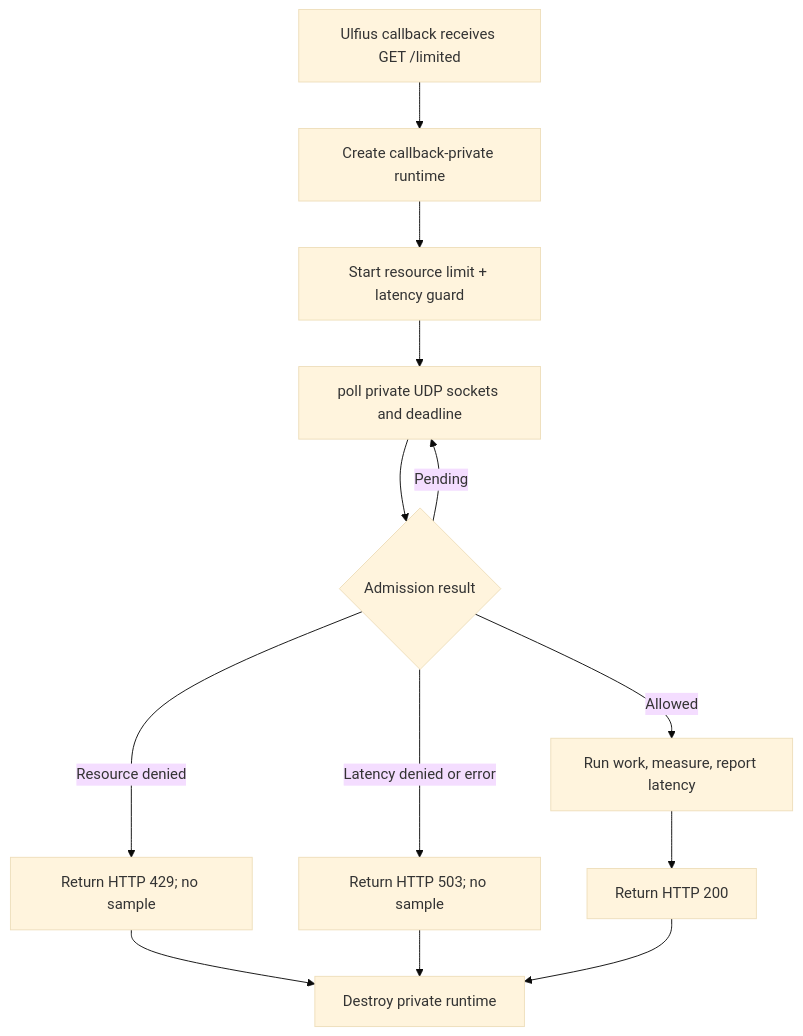
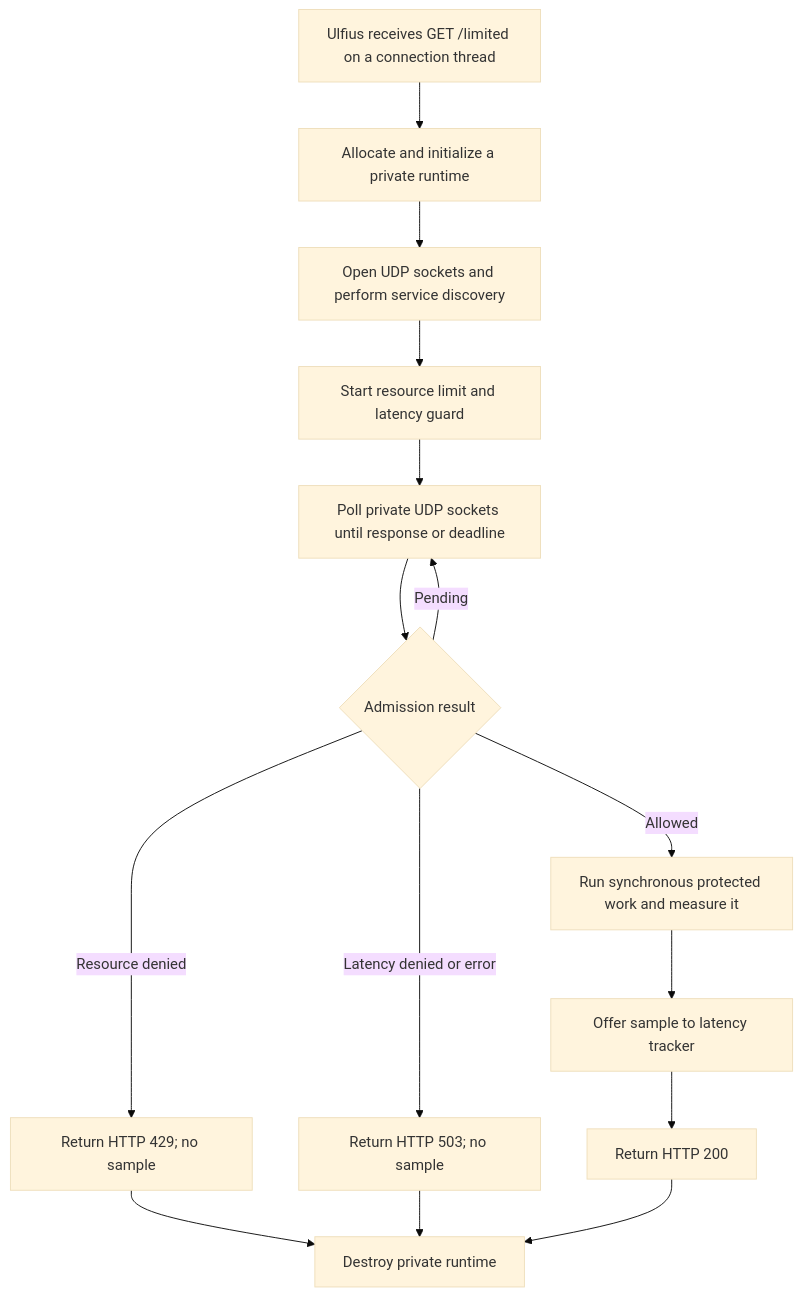
Before and after one commit to ratelimitly-com/rl-c-client: the diagram in examples/ulfius/README.md, drawn with Mermaid (base theme). The commit also changed other lines of this file, not shown here.

Commit message:
docs(ulfius): explain per-request cost

````diff
--- a/examples/ulfius/README.md
+++ b/examples/ulfius/README.md
@@ -14,15 +36,17 @@
 ```mermaid
 flowchart TD
-    Callback["Ulfius callback receives GET /limited"] --> Runtime["Create callback-private runtime"]
-    Runtime --> Start["Start resource limit + latency guard"]
-    Start --> Poll["poll private UDP sockets and deadline"]
+    Callback["Ulfius receives GET /limited on a connection thread"] --> Runtime["Allocate and initialize a private runtime"]
+    Runtime --> Discovery["Open UDP sockets and perform service discovery"]
+    Discovery --> Start["Start resource limit and latency guard"]
+    Start --> Poll["Poll private UDP sockets until response or deadline"]
     Poll --> Decision{"Admission result"}
     Decision -->|Pending| Poll
     Decision -->|Resource denied| Rate["Return HTTP 429; no sample"]
     Decision -->|Latency denied or error| Shed["Return HTTP 503; no sample"]
-    Decision -->|Allowed| Work["Run work, measure, report latency"]
-    Work --> Success["Return HTTP 200"]
+    Decision -->|Allowed| Work["Run synchronous protected work and measure it"]
+    Work --> Report["Offer sample to latency tracker"]
+    Report --> Success["Return HTTP 200"]
     Rate --> Destroy["Destroy private runtime"]
     Shed --> Destroy
     Success --> Destroy
 ```
````
